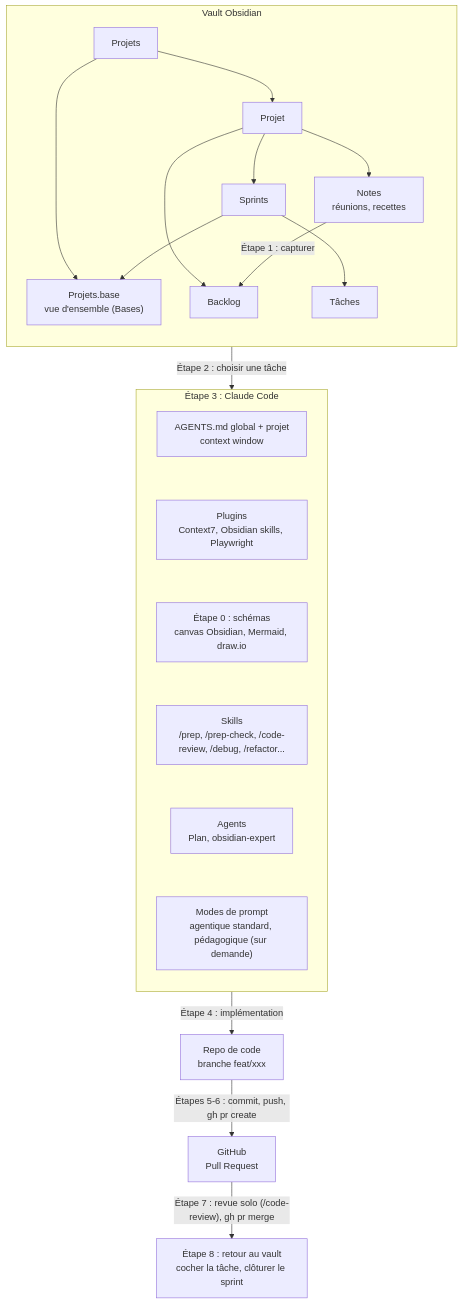
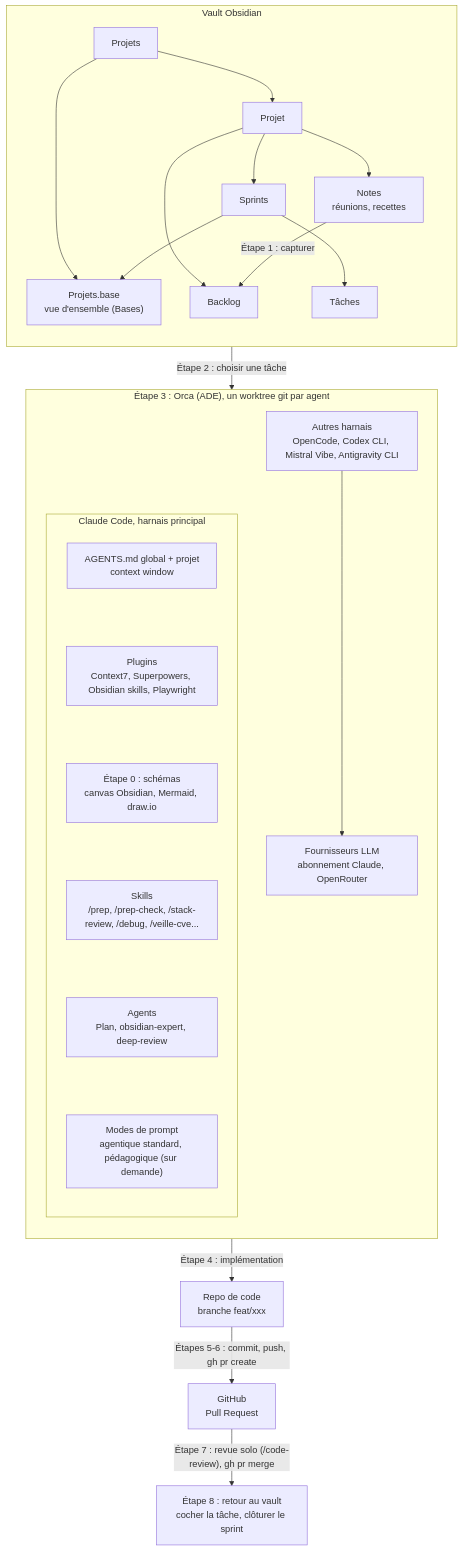
The diagram in WORKFLOW.md (JulienLach/agentic-workflow-files), drawn with Mermaid before and after one commit. The commit also changed other lines of this file, not shown here.

First line of the commit message:
docs(workflow): add Orca ADE layer and sync with development canvas

````diff
--- a/WORKFLOW.md
+++ b/WORKFLOW.md
@@ -11,43 +11,49 @@
 ```mermaid
 flowchart TD
     subgraph VAULT["Vault Obsidian"]
         direction TB
         NOTES["Notes<br/>réunions, recettes"]
         PROJETS["Projets"]
         BASE["Projets.base<br/>vue d'ensemble (Bases)"]
         PROJET["Projet"]
         BACKLOG["Backlog"]
         SPRINTS["Sprints"]
         TACHES["Tâches"]
 
         PROJETS --> BASE
         PROJETS --> PROJET
         PROJET --> NOTES
         PROJET --> BACKLOG
         NOTES -->|"Étape 1 : capturer"| BACKLOG
         PROJET --> SPRINTS
         SPRINTS --> BASE
         SPRINTS --> TACHES
     end
 
-    subgraph HUB["Étape 3 : Claude Code"]
+    subgraph ORCA["Étape 3 : Orca (ADE), un worktree git par agent"]
         direction TB
-        CONTEXTE["AGENTS.md global + projet<br/>context window"]
-        PLUGINS["Plugins<br/>Context7, Obsidian skills, Playwright"]
-        CANVAS["Étape 0 : schémas<br/>canvas Obsidian, Mermaid, draw.io"]
-        SKILLS["Skills<br/>/prep, /prep-check, /code-review, /debug, /refactor..."]
-        SUBAGENTS["Agents<br/>Plan, obsidian-expert"]
-        MODES["Modes de prompt<br/>agentique standard, pédagogique (sur demande)"]
+        subgraph HUB["Claude Code, harnais principal"]
+            direction TB
+            CONTEXTE["AGENTS.md global + projet<br/>context window"]
+            PLUGINS["Plugins<br/>Context7, Superpowers, Obsidian skills, Playwright"]
+            CANVAS["Étape 0 : schémas<br/>canvas Obsidian, Mermaid, draw.io"]
+            SKILLS["Skills<br/>/prep, /prep-check, /stack-review, /debug, /veille-cve..."]
+            SUBAGENTS["Agents<br/>Plan, obsidian-expert, deep-review"]
+            MODES["Modes de prompt<br/>agentique standard, pédagogique (sur demande)"]
 
-        CONTEXTE ~~~ PLUGINS ~~~ CANVAS ~~~ SKILLS ~~~ SUBAGENTS ~~~ MODES
+            CONTEXTE ~~~ PLUGINS ~~~ CANVAS ~~~ SKILLS ~~~ SUBAGENTS ~~~ MODES
+        end
+        AUTRES["Autres harnais<br/>OpenCode, Codex CLI, Mistral Vibe, Antigravity CLI"]
+        FOURNISSEURS["Fournisseurs LLM<br/>abonnement Claude, OpenRouter"]
+        AUTRES --> FOURNISSEURS
     end
 
     REPO["Repo de code<br/>branche feat/xxx"]
     GITHUB["GitHub<br/>Pull Request"]
     SUIVI["Étape 8 : retour au vault<br/>cocher la tâche, clôturer le sprint"]
 
-    TACHES -->|"Étape 2 : choisir une tâche"| HUB
-    HUB -->|"Étape 4 : implémentation"| REPO
+    TACHES -->|"Étape 2 : choisir une tâche"| ORCA
+    ORCA -->|"Étape 4 : implémentation"| REPO
     REPO -->|"Étapes 5-6 : commit, push, gh pr create"| GITHUB
     GITHUB -->|"Étape 7 : revue solo (/code-review), gh pr merge"| SUIVI
 ```
````
